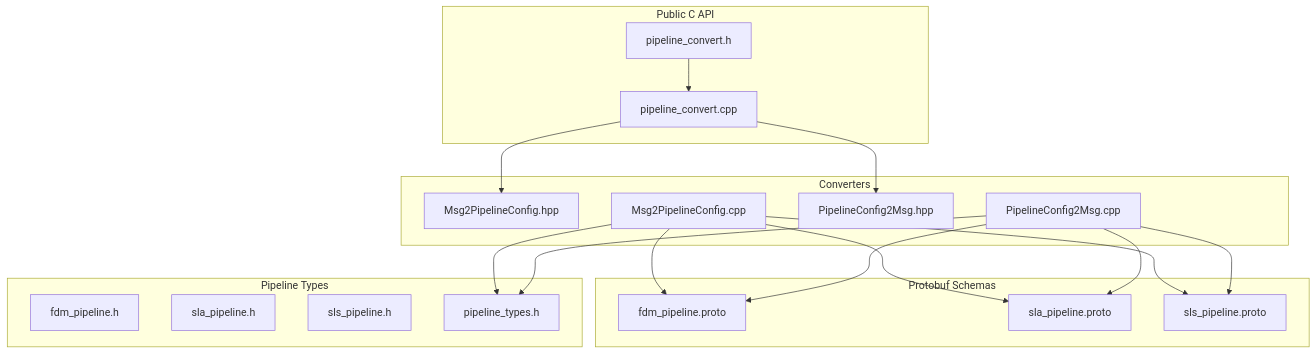
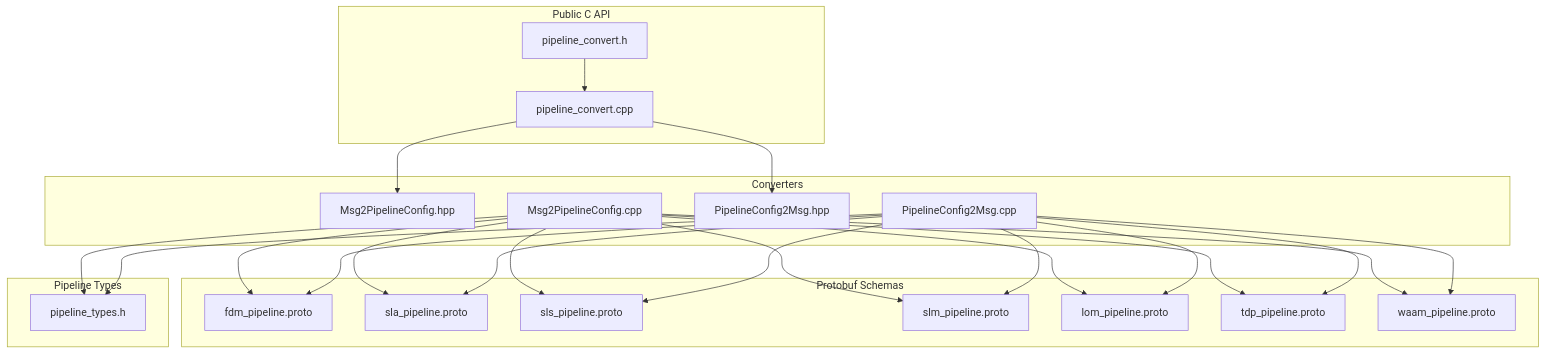
One commit to hsmbanlance/HsBaSlicer changed the first of 7 diagrams in .qoder/repowiki/en/content/API Reference/Pipeline Conversion API.md. Above: the diagram before and after it, drawn with Mermaid. The commit also changed other lines of this file and 20 other files, not shown here.

````diff
--- a/.qoder/repowiki/en/content/API Reference/Pipeline Conversion API.md
+++ b/.qoder/repowiki/en/content/API Reference/Pipeline Conversion API.md
@@ -52,35 +66,44 @@
 ```mermaid
 graph TB
 subgraph "Public C API"
 PC_H["pipeline_convert.h"]
 PC_CPP["pipeline_convert.cpp"]
 end
 subgraph "Converters"
 M2C_HPP["Msg2PipelineConfig.hpp"]
 M2C_CPP["Msg2PipelineConfig.cpp"]
 C2M_HPP["PipelineConfig2Msg.hpp"]
 C2M_CPP["PipelineConfig2Msg.cpp"]
 end
 subgraph "Protobuf Schemas"
 FDM_PROTO["fdm_pipeline.proto"]
 SLA_PROTO["sla_pipeline.proto"]
 SLS_PROTO["sls_pipeline.proto"]
+SLM_PROTO["slm_pipeline.proto"]
+LOM_PROTO["lom_pipeline.proto"]
+TDP_PROTO["tdp_pipeline.proto"]
+WAAM_PROTO["waam_pipeline.proto"]
 end
 subgraph "Pipeline Types"
-FDM_H["fdm_pipeline.h"]
-SLA_H["sla_pipeline.h"]
-SLS_H["sls_pipeline.h"]
 TYPES_H["pipeline_types.h"]
 end
 PC_H --> PC_CPP
 PC_CPP --> M2C_HPP
 PC_CPP --> C2M_HPP
 M2C_CPP --> TYPES_H
 C2M_CPP --> TYPES_H
 M2C_CPP --> FDM_PROTO
 M2C_CPP --> SLA_PROTO
 M2C_CPP --> SLS_PROTO
+M2C_CPP --> SLM_PROTO
+M2C_CPP --> LOM_PROTO
+M2C_CPP --> TDP_PROTO
+M2C_CPP --> WAAM_PROTO
 C2M_CPP --> FDM_PROTO
 C2M_CPP --> SLA_PROTO
 C2M_CPP --> SLS_PROTO
+C2M_CPP --> SLM_PROTO
+C2M_CPP --> LOM_PROTO
+C2M_CPP --> TDP_PROTO
+C2M_CPP --> WAAM_PROTO
 ```
````
